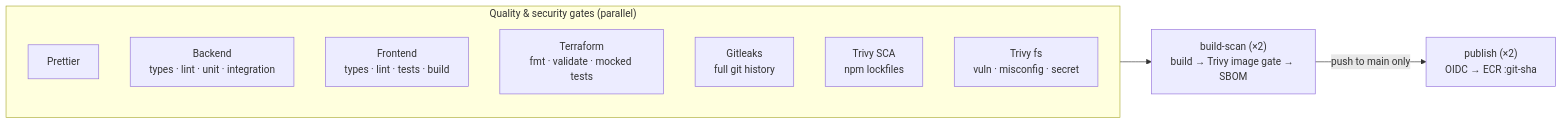
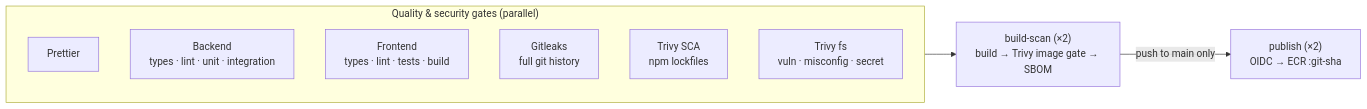
The diagram in docs/ci-cd.md (gitcliff/aws-three-tier-web-platform), drawn with Mermaid before and after one commit. The commit also changed other lines of this file and 22 other files, not shown here.

````diff
--- a/docs/ci-cd.md
+++ b/docs/ci-cd.md
@@ -8,14 +10,13 @@
 ```mermaid
 flowchart LR
   subgraph gates["Quality & security gates (parallel)"]
     F[Prettier]
     B["Backend<br/>types · lint · unit · integration"]
     W["Frontend<br/>types · lint · tests · build"]
-    T["Terraform<br/>fmt · validate · mocked tests"]
     G[Gitleaks<br/>full git history]
     S[Trivy SCA<br/>npm lockfiles]
     R[Trivy fs<br/>vuln · misconfig · secret]
   end
   gates --> BS["build-scan (×2)<br/>build → Trivy image gate → SBOM"]
   BS -->|"push to main only"| P["publish (×2)<br/>OIDC → ECR :git-sha"]
 ```
````
